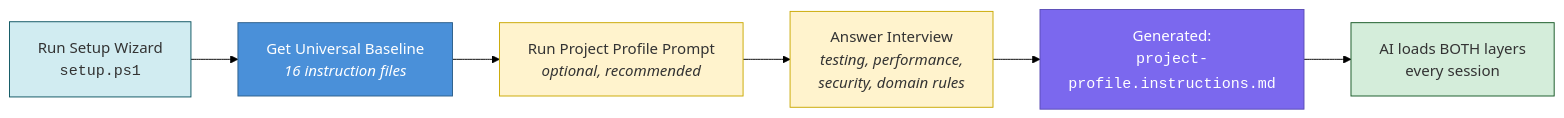
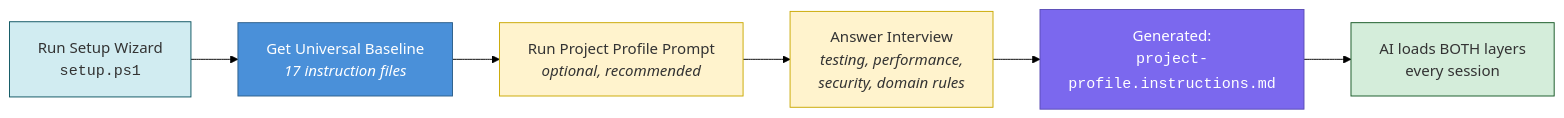
One commit to srnichols/plan-forge changed the second of 2 diagrams in CUSTOMIZATION.md. Above: the diagram before and after it, drawn with Mermaid (forest theme). The commit also changed other lines of this file and 11 other files, not shown here.

````diff
--- a/CUSTOMIZATION.md
+++ b/CUSTOMIZATION.md
@@ -84,15 +84,15 @@
 ```mermaid
 flowchart LR
-    A["Run Setup Wizard<br/><code>setup.ps1</code>"] --> B["Get Universal Baseline<br/><i>16 instruction files</i>"]
+    A["Run Setup Wizard<br/><code>setup.ps1</code>"] --> B["Get Universal Baseline<br/><i>17 instruction files</i>"]
     B --> C["Run Project Profile Prompt<br/><i>optional, recommended</i>"]
     C --> D["Answer Interview<br/><i>testing, performance,<br/>security, domain rules</i>"]
     D --> E["Generated:<br/><code>project-profile.instructions.md</code>"]
     E --> F["AI loads BOTH layers<br/>every session"]
 
     style A fill:#D1ECF1,stroke:#0C5460,color:#333
     style B fill:#4A90D9,stroke:#2C5F8A,color:#fff
     style C fill:#FFF3CD,stroke:#C9A800,color:#333
     style D fill:#FFF3CD,stroke:#C9A800,color:#333
     style E fill:#7B68EE,stroke:#5A4CB5,color:#fff
     style F fill:#D4EDDA,stroke:#155724,color:#333
 ```
````
